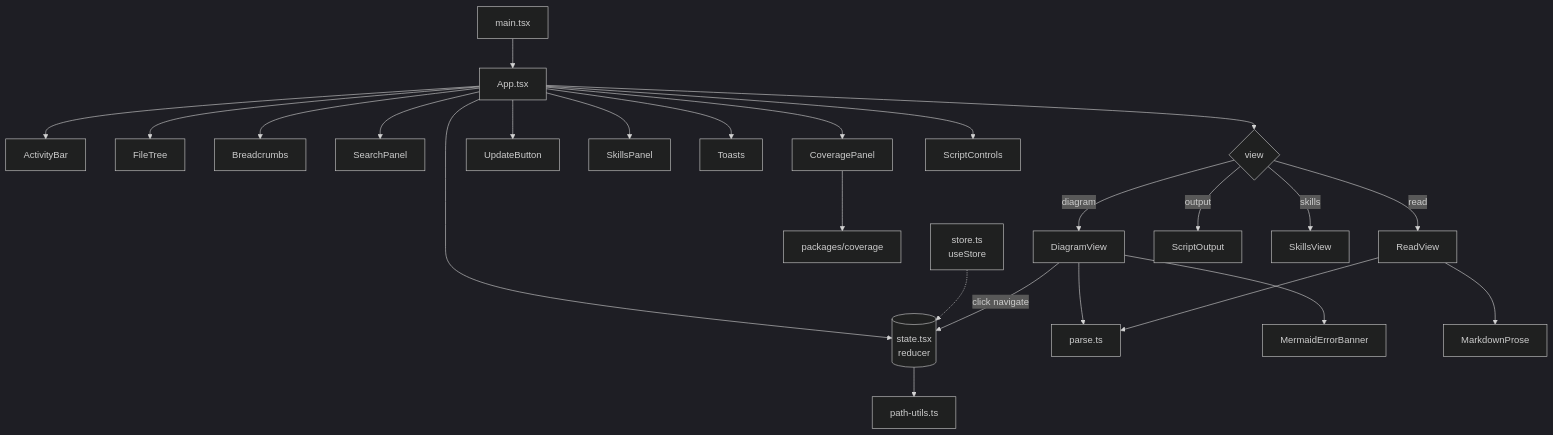
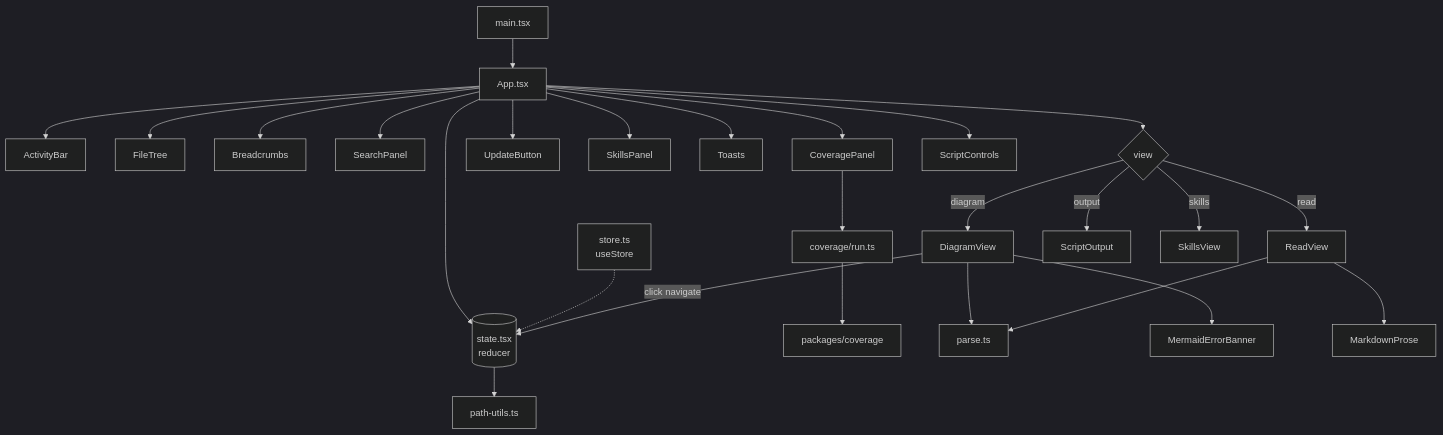
The diagram in architecture/renderer.md (keithagroves/codeswim), drawn with Mermaid (dark theme) before and after one commit. The commit also changed other lines of this file and 3 other files, not shown here.

````diff
--- a/architecture/renderer.md
+++ b/architecture/renderer.md
@@ -16,51 +16,53 @@
 ```mermaid
 flowchart TD
     Entry[main.tsx] --> AppRoot[App.tsx]
     AppRoot --> State[(state.tsx<br/>reducer)]
     Store[store.ts<br/>useStore] -.-> State
     AppRoot --> Activity[ActivityBar]
     AppRoot --> Tree[FileTree]
     AppRoot --> Crumbs[Breadcrumbs]
     AppRoot --> Search[SearchPanel]
     AppRoot --> CoverageP[CoveragePanel]
-    CoverageP --> CovLib[packages/coverage]
+    CoverageP --> CovRun[coverage/run.ts]
+    CovRun --> CovLib[packages/coverage]
     AppRoot --> UpdateBtn[UpdateButton]
     AppRoot --> SkillsP[SkillsPanel]
     AppRoot --> Toasts
     AppRoot --> View{view}
     View -->|diagram| Diagram[DiagramView]
     View -->|read| Read[ReadView]
     View -->|output| Output[ScriptOutput]
     View -->|skills| SkillsV[SkillsView]
     Diagram --> Parse[parse.ts]
     Read --> Parse
     Diagram -->|click navigate| State
     Diagram --> ErrBanner[MermaidErrorBanner]
     Read --> Prose[MarkdownProse]
     AppRoot --> ScriptCtl[ScriptControls]
     State --> PathUtil[path-utils.ts]
 
     click Entry call navigate("../apps/desktop/src/renderer/src/main.tsx")
     click AppRoot call navigate("../apps/desktop/src/renderer/src/App.tsx")
     click State call navigate("../apps/desktop/src/renderer/src/state.tsx")
     click Store call navigate("../apps/desktop/src/renderer/src/store.ts")
     click Parse call navigate("../apps/desktop/src/renderer/src/parse.ts")
     click PathUtil call navigate("../apps/desktop/src/renderer/src/path-utils.ts")
     click Diagram call navigate("../apps/desktop/src/renderer/src/components/DiagramView.tsx")
     click Read call navigate("../apps/desktop/src/renderer/src/components/ReadView.tsx")
     click Output call navigate("../apps/desktop/src/renderer/src/components/ScriptOutput.tsx")
     click SkillsV call navigate("../apps/desktop/src/renderer/src/components/SkillsView.tsx")
     click Activity call navigate("../apps/desktop/src/renderer/src/components/ActivityBar.tsx")
     click Tree call navigate("../apps/desktop/src/renderer/src/components/FileTree.tsx")
     click Crumbs call navigate("../apps/desktop/src/renderer/src/components/Breadcrumbs.tsx")
     click Search call navigate("../apps/desktop/src/renderer/src/components/SearchPanel.tsx")
     click CoverageP call navigate("../apps/desktop/src/renderer/src/components/CoveragePanel.tsx")
+    click CovRun call navigate("../apps/desktop/src/renderer/src/coverage/run.ts")
     click CovLib call navigate("./coverage.md")
     click UpdateBtn call navigate("../apps/desktop/src/renderer/src/components/UpdateButton.tsx")
     click SkillsP call navigate("../apps/desktop/src/renderer/src/components/SkillsPanel.tsx")
     click Toasts call navigate("../apps/desktop/src/renderer/src/components/Toasts.tsx")
     click ScriptCtl call navigate("../apps/desktop/src/renderer/src/components/ScriptControls.tsx")
     click ErrBanner call navigate("../apps/desktop/src/renderer/src/components/MermaidErrorBanner.tsx")
     click View call navigate("../architecture/renderer.md")
     click Prose call navigate("../apps/desktop/src/renderer/src/components/MarkdownProse.tsx")
 ```
````
